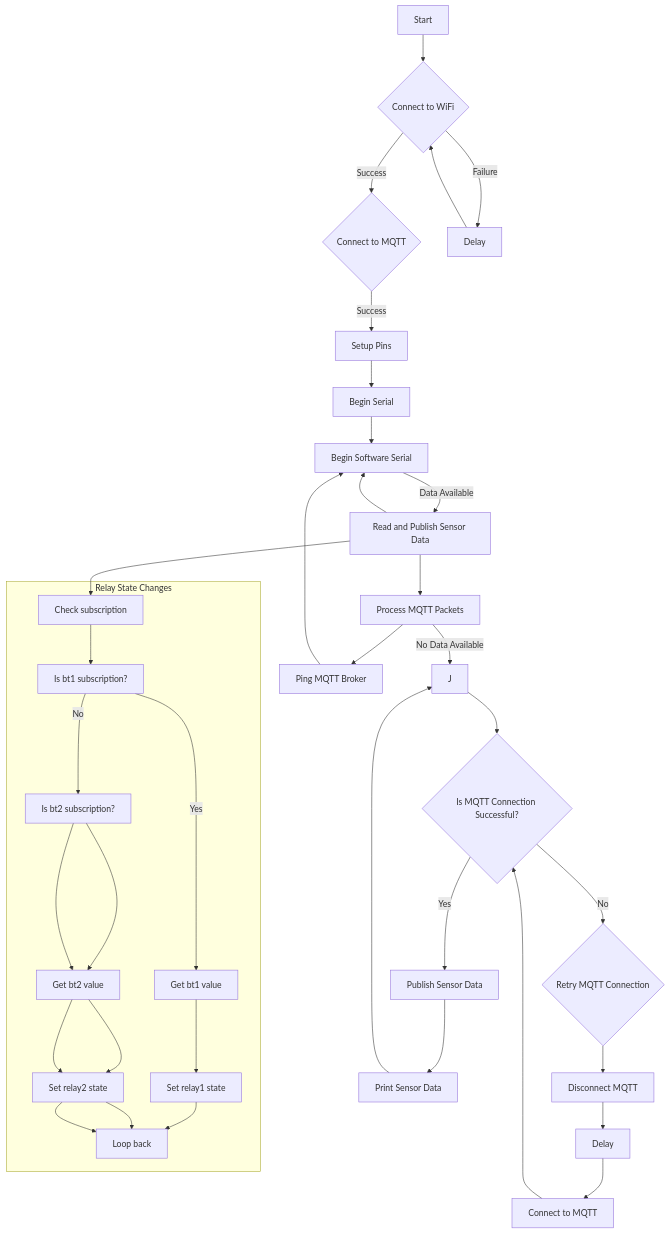
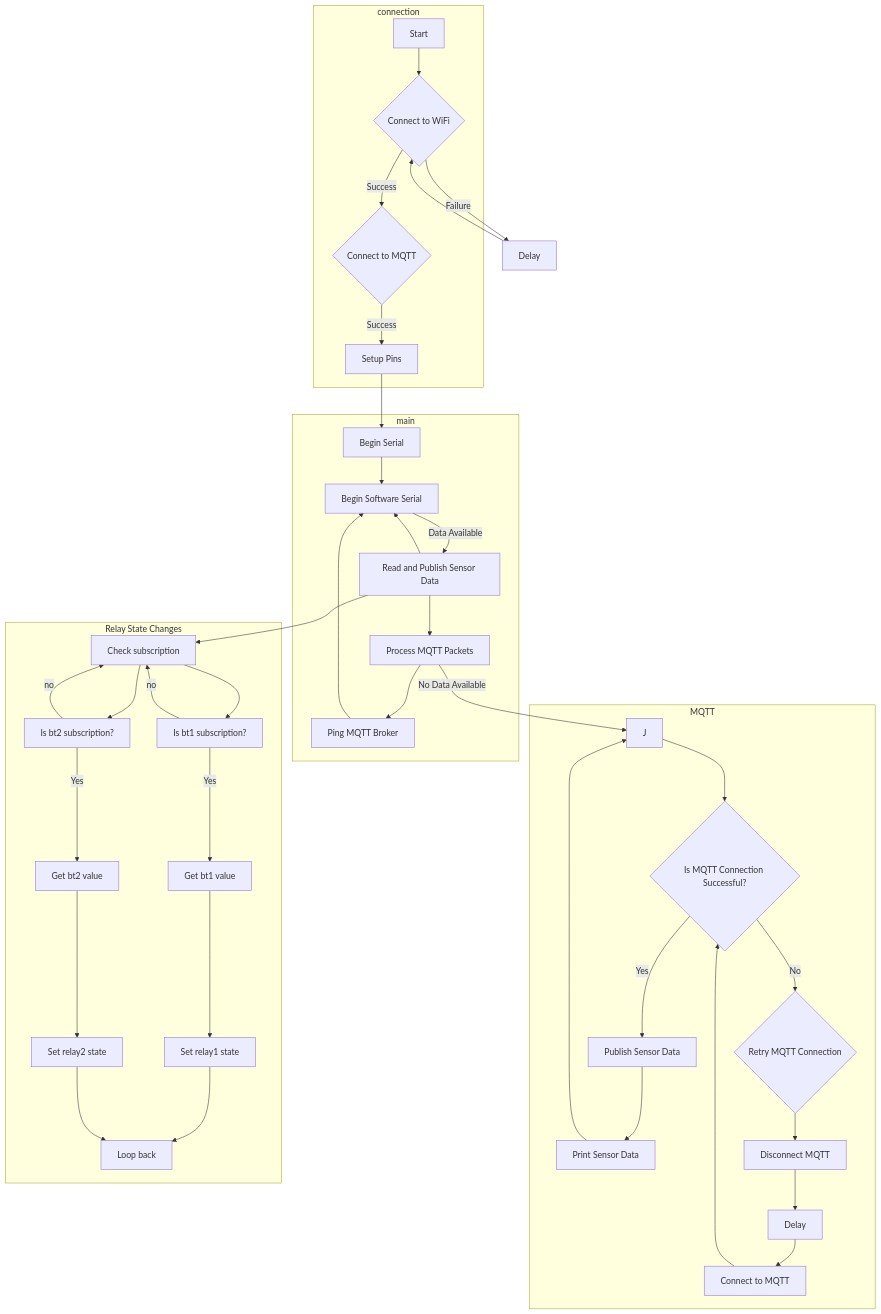
One commit to 1999AZZAR/Smart-Irrigation-System changed the diagram in code/advance/code2/adafruit_io/readme.md. Above: the diagram before and after it, drawn with Mermaid.

````diff
--- a/code/advance/code2/adafruit_io/readme.md
+++ b/code/advance/code2/adafruit_io/readme.md
@@ -35,42 +35,53 @@
 ```mermaid
 graph TD
+subgraph connection
   A[Start] --> B{Connect to WiFi}
   B --> |Success| C{Connect to MQTT}
   C --> |Success| D[Setup Pins]
+end
+
+subgraph main
   D --> E[Begin Serial]
   E --> F[Begin Software Serial]
   F --> |Data Available| G[Read and Publish Sensor Data]
   G --> H[Process MQTT Packets]
   H --> I[Ping MQTT Broker]
   I --> F
   G --> F
+end
+
+subgraph MQTT
   H --> |No Data Available| J
   J --> K{Is MQTT Connection Successful?}
   K --> |Yes| L[Publish Sensor Data]
   L --> M[Print Sensor Data]
   M --> J
   K --> |No| N{Retry MQTT Connection}
   N --> O[Disconnect MQTT]
   O --> P[Delay]
   P --> Q[Connect to MQTT]
   Q --> K
+end
+
   B --> |Failure| R[Delay]
   R --> B
 
-  subgraph Relay State Changes
-    A2[Check subscription]
-    B2[Is bt1 subscription?]
-    C2[Get bt1 value]
-    D2[Set relay1 state]
-    E2[Is bt2 subscription?]
-    F2[Get bt2 value]
-    G2[Set relay2 state]
-    H2[Loop back]
-  end
+subgraph Relay State Changes
+  A2[Check subscription]
+  B2[Is bt1 subscription?]
+  C2[Get bt1 value]
+  D2[Set relay1 state]
+  E2[Is bt2 subscription?]
+  F2[Get bt2 value]
+  G2[Set relay2 state]
+  H2[Loop back]
+end
 
   G --> A2
   A2 --> B2
+  A2 --> E2
   B2 -- Yes --> C2 --> D2 --> H2
-  B2 -- No --> E2 --> F2 --> G2 --> H2
-  E2 --> F2 --> G2 --> H2
+  B2 -- no --> A2
+  E2 -- Yes --> F2 --> G2 --> H2
+  E2 -- no --> A2
 ```
````
